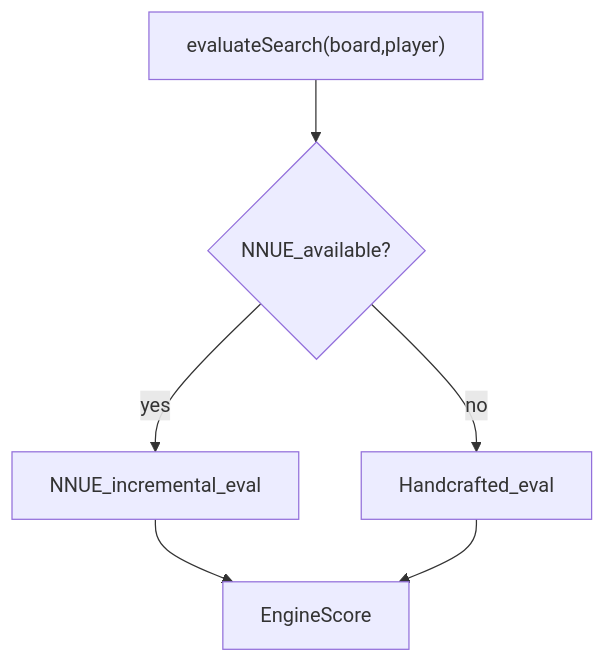
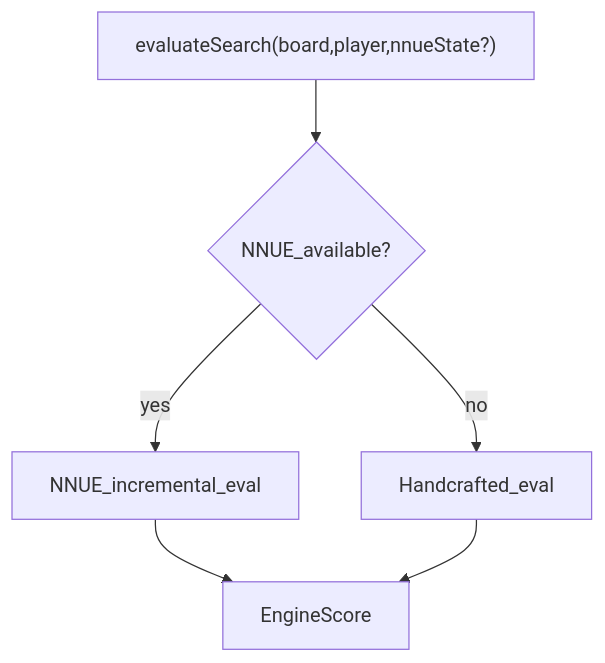
One commit to qb20nh/grr changed the seventh of 12 diagrams in docs/ai_movement_strategy.md. Above: the diagram before and after it, drawn with Mermaid. The commit also changed other lines of this file and 27 other files, not shown here.

````diff
--- a/docs/ai_movement_strategy.md
+++ b/docs/ai_movement_strategy.md
@@ -131,8 +148,8 @@
 ```mermaid
 flowchart TD
-  eval["evaluateSearch(board,player)"] --> hasNnue{"NNUE_available?"}
+  eval["evaluateSearch(board,player,nnueState?)"] --> hasNnue{"NNUE_available?"}
   hasNnue -->|yes| nnue["NNUE_incremental_eval"]
   hasNnue -->|no| handcrafted["Handcrafted_eval"]
   nnue --> score["EngineScore"]
   handcrafted --> score
 ```
````
